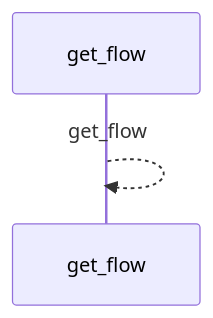
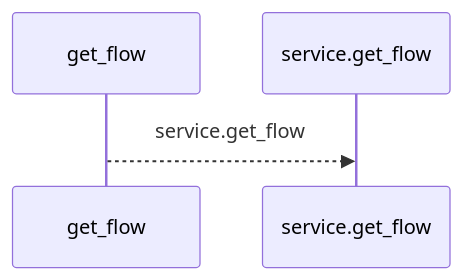
One commit to Denissvgn/python-wiki-llm changed the first of 2 diagrams in docs/llm_wiki/flows/mcp-get_flow.md. Above: the diagram before and after it, drawn with Mermaid. The commit also changed other lines of this file and 719 other files, not shown here.

````diff
--- a/docs/llm_wiki/flows/mcp-get_flow.md
+++ b/docs/llm_wiki/flows/mcp-get_flow.md
@@ -10,5 +10,6 @@
 ```mermaid
 sequenceDiagram
     participant p0 as get_flow
-    p0-->>p0: get_flow
+    participant p1 as service.get_flow
+    p0-->>p1: service.get_flow
 ```
````
